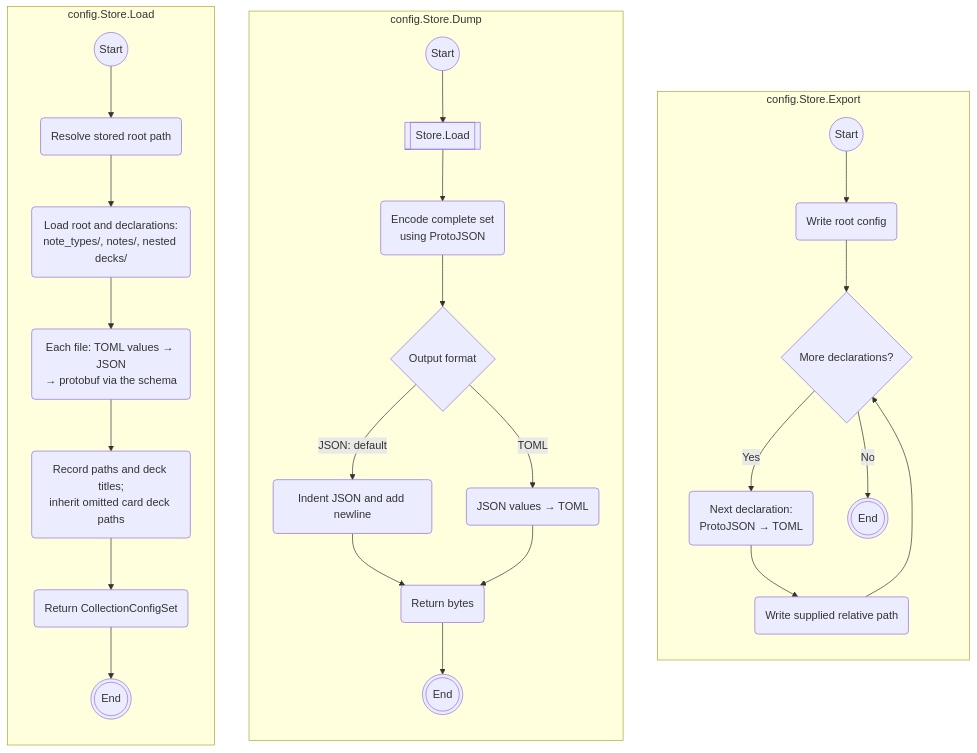
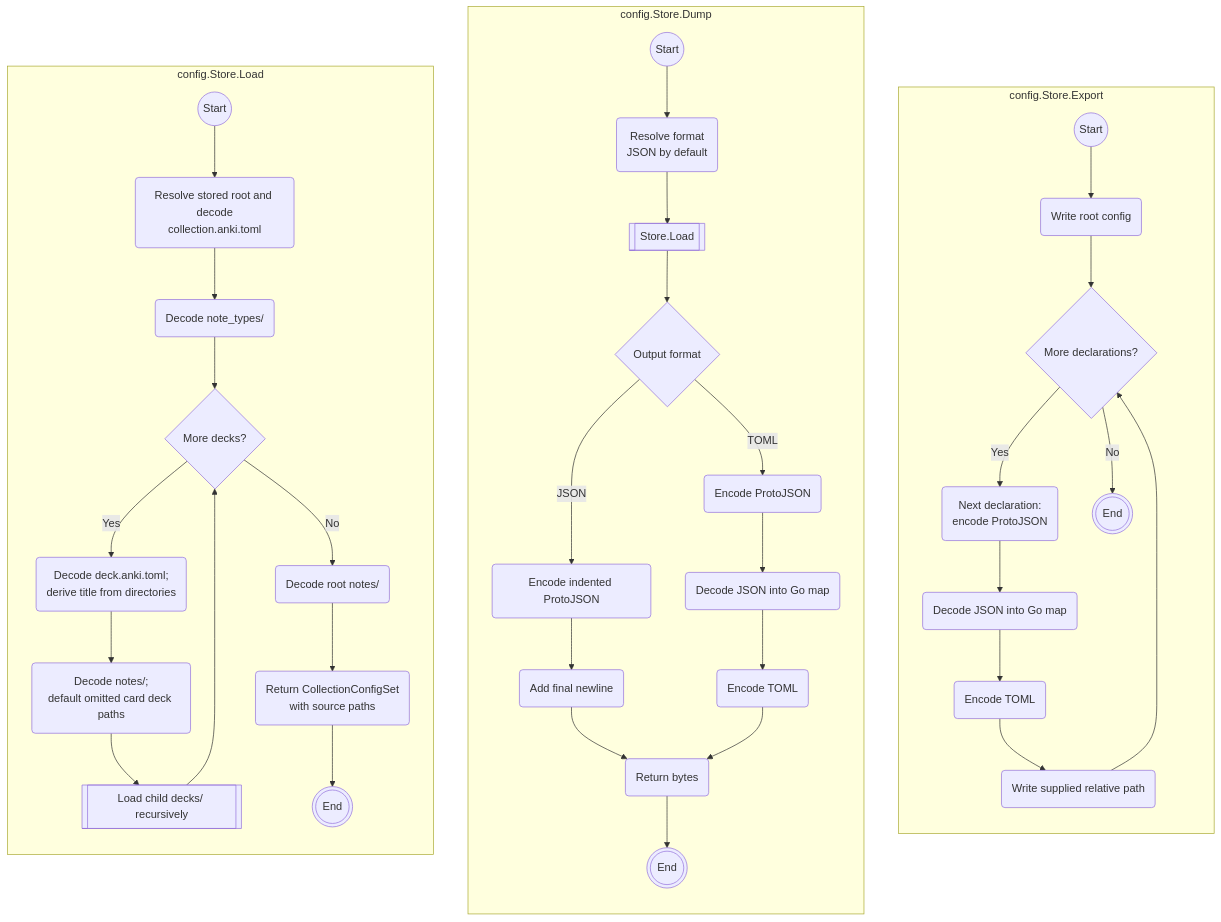
Before and after one commit to alwaldend/src: the diagram in projects/anki_as_code/docs/config-operations.mmd, drawn with Mermaid. The commit also changed 41 other files, not shown here.

```diff
--- a/projects/anki_as_code/docs/config-operations.mmd
+++ b/projects/anki_as_code/docs/config-operations.mmd
@@ -1,44 +1,54 @@
 flowchart TB
     subgraph Export["config.Store.Export"]
         direction TB
         e_start((Start))
         e_root(Write root config)
         e_more{More declarations?}
-        e_encode(Next declaration:<br/>ProtoJSON → TOML)
+        e_json(Next declaration:<br/>encode ProtoJSON)
+        e_values(Decode JSON into Go map)
+        e_toml(Encode TOML)
         e_write(Write supplied relative path)
         e_finish(((End)))
 
         e_start --> e_root --> e_more
-        e_more -->|Yes| e_encode --> e_write --> e_more
+        e_more -->|Yes| e_json --> e_values --> e_toml --> e_write --> e_more
         e_more -->|No| e_finish
     end
 
     subgraph Dump["config.Store.Dump"]
         direction TB
         d_start((Start))
+        d_default(Resolve format<br/>JSON by default)
         d_load[[Store.Load]]
-        d_json(Encode complete set<br/>using ProtoJSON)
         d_format{Output format}
-        d_pretty(Indent JSON and add newline)
-        d_toml(JSON values → TOML)
+        d_json(Encode indented ProtoJSON)
+        d_newline(Add final newline)
+        d_protojson(Encode ProtoJSON)
+        d_values(Decode JSON into Go map)
+        d_toml(Encode TOML)
         d_output(Return bytes)
         d_finish(((End)))
 
-        d_start --> d_load --> d_json --> d_format
-        d_format -->|JSON: default| d_pretty --> d_output
-        d_format -->|TOML| d_toml --> d_output
+        d_start --> d_default --> d_load --> d_format
+        d_format -->|JSON| d_json --> d_newline --> d_output
+        d_format -->|TOML| d_protojson --> d_values --> d_toml --> d_output
         d_output --> d_finish
     end
 
     subgraph Load["config.Store.Load"]
         direction TB
         l_start((Start))
-        l_root(Resolve stored root path)
-        l_declarations(Load root and declarations:<br/>note_types/, notes/, nested decks/)
-        l_decode(Each file: TOML values → JSON<br/>→ protobuf via the schema)
-        l_derived(Record paths and deck titles;<br/>inherit omitted card deck paths)
-        l_output(Return CollectionConfigSet)
+        l_root(Resolve stored root and decode<br/>collection.anki.toml)
+        l_types(Decode note_types/)
+        l_more{More decks?}
+        l_deck(Decode deck.anki.toml;<br/>derive title from directories)
+        l_deck_notes(Decode notes/;<br/>default omitted card deck paths)
+        l_children[[Load child decks/ recursively]]
+        l_notes(Decode root notes/)
+        l_output(Return CollectionConfigSet<br/>with source paths)
         l_finish(((End)))
 
-        l_start --> l_root --> l_declarations --> l_decode --> l_derived --> l_output --> l_finish
+        l_start --> l_root --> l_types --> l_more
+        l_more -->|Yes| l_deck --> l_deck_notes --> l_children --> l_more
+        l_more -->|No| l_notes --> l_output --> l_finish
     end
```
